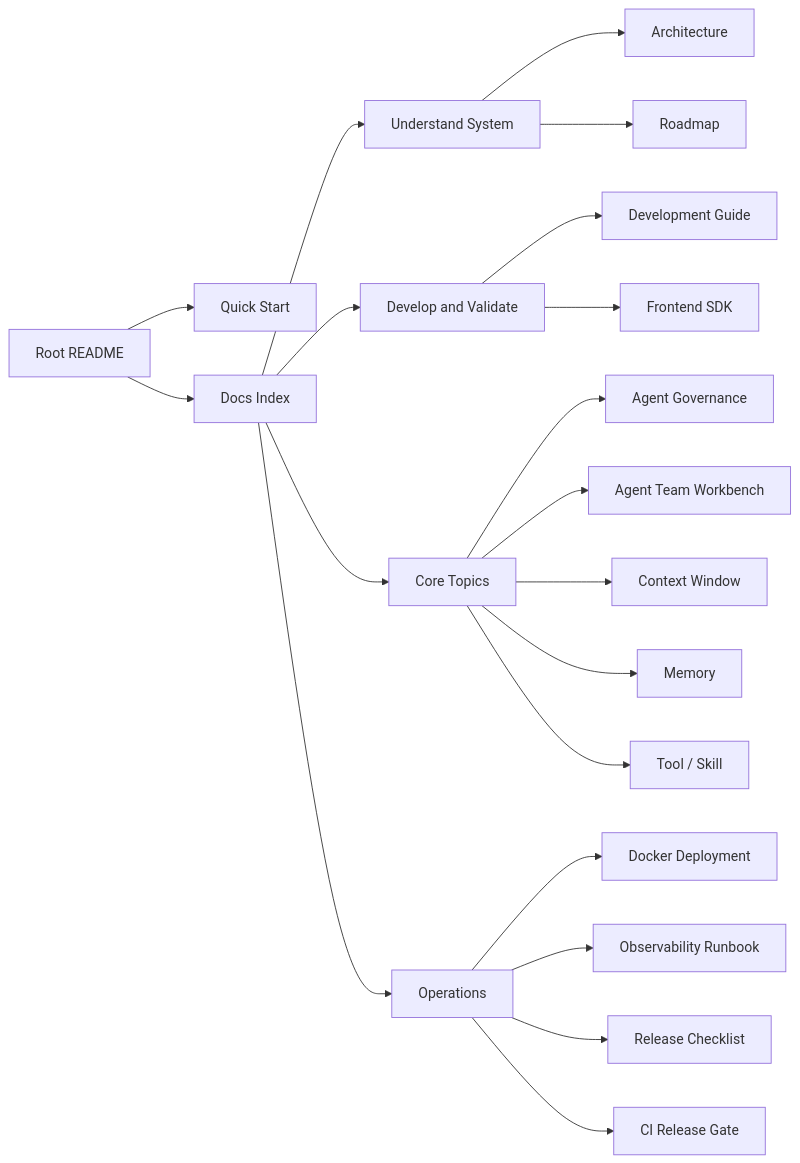
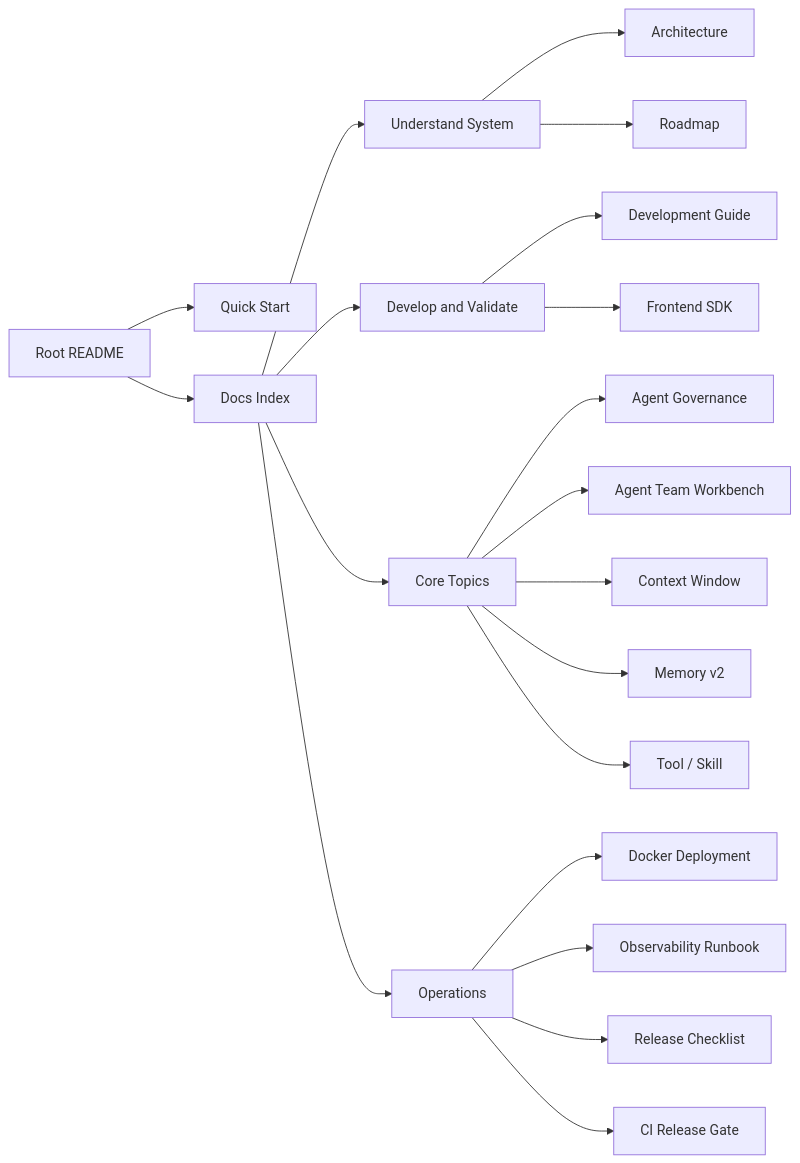
The diagram in docs/README.md (William-zgx/focus-agent), drawn with Mermaid before and after one commit. The commit also changed other lines of this file and 13 other files, not shown here.

````diff
--- a/docs/README.md
+++ b/docs/README.md
@@ -9,22 +9,22 @@
 ```mermaid
 flowchart LR
     README["Root README"] --> Quick["Quick Start"]
     README --> Docs["Docs Index"]
     Docs --> Understand["Understand System"]
     Docs --> Develop["Develop and Validate"]
     Docs --> Topics["Core Topics"]
     Docs --> Ops["Operations"]
     Understand --> Architecture["Architecture"]
     Understand --> Roadmap["Roadmap"]
     Develop --> DevGuide["Development Guide"]
     Develop --> SDK["Frontend SDK"]
     Topics --> Governance["Agent Governance"]
     Topics --> AgentTeam["Agent Team Workbench"]
     Topics --> ContextWindow["Context Window"]
-    Topics --> Memory["Memory"]
+    Topics --> Memory["Memory v2"]
     Topics --> Tools["Tool / Skill"]
     Ops --> Docker["Docker Deployment"]
     Ops --> Observability["Observability Runbook"]
     Ops --> Release["Release Checklist"]
     Ops --> CIGate["CI Release Gate"]
 ```
````
